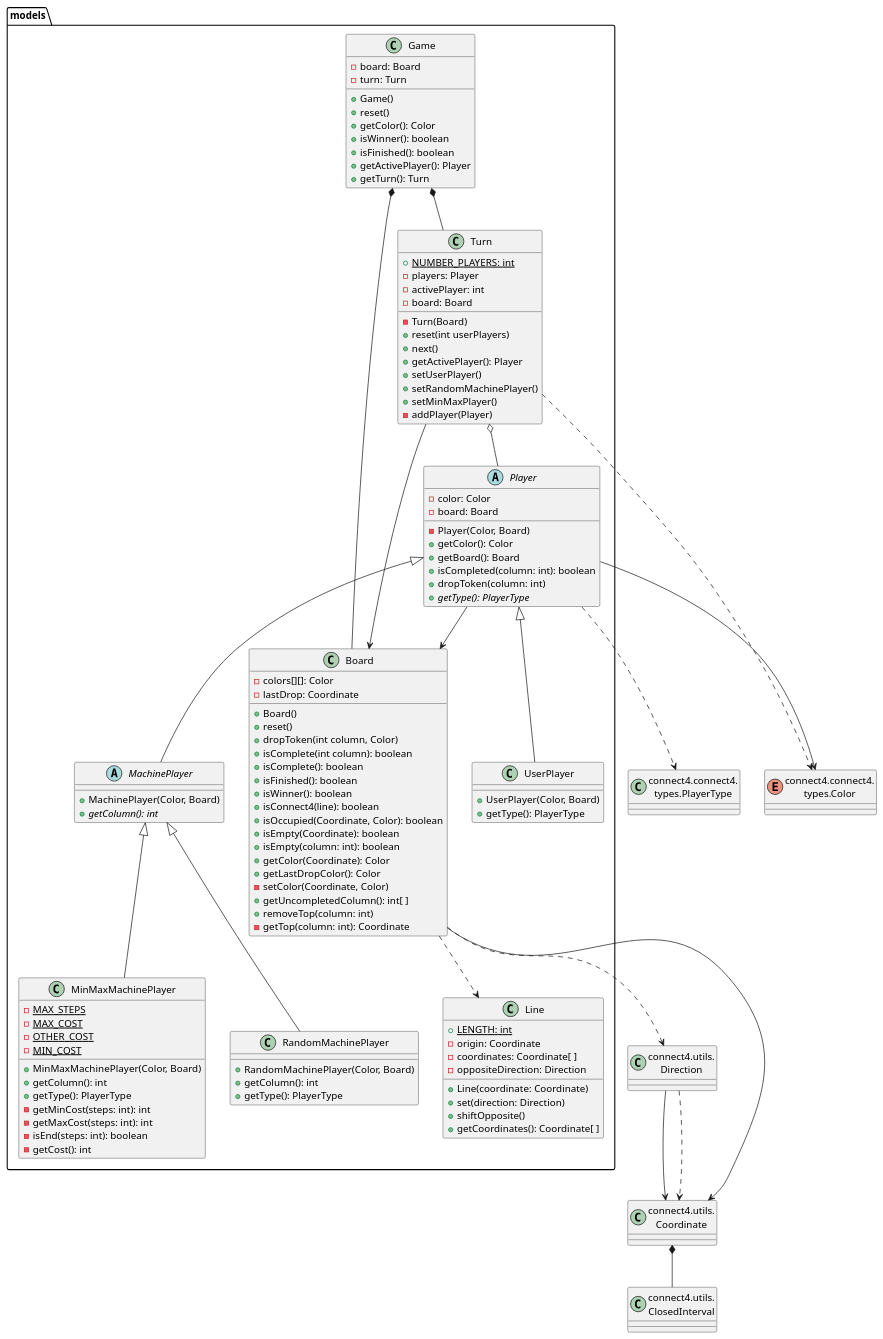
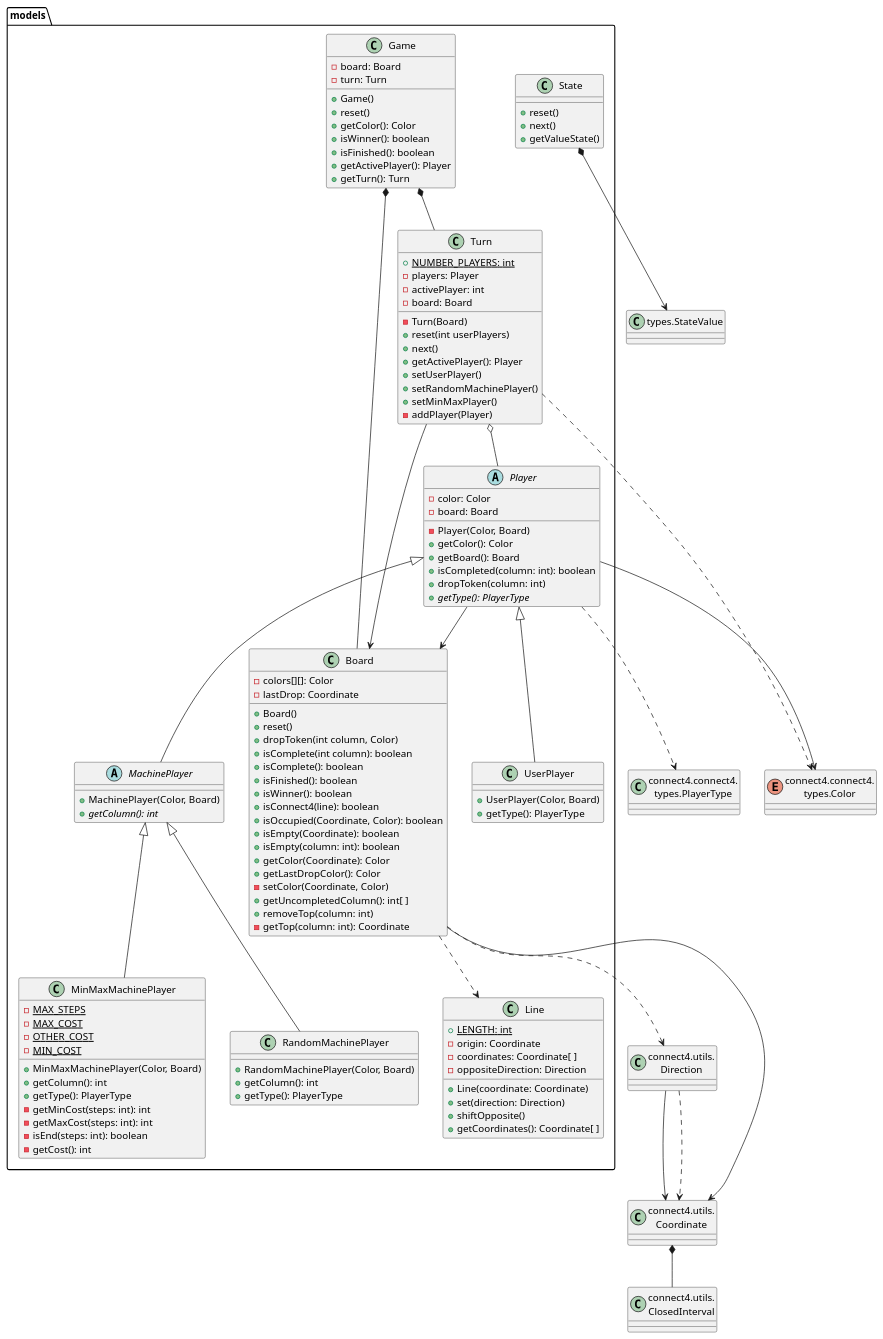
The diagram in connect4/Docs/diagrams/src/packages/connect4.connect4.models.plantuml (js-rom/connect4), drawn with PlantUML before and after one commit. The commit also changed 5 other files, not shown here.

```diff
--- a/connect4/Docs/diagrams/src/packages/connect4.connect4.models.plantuml
+++ b/connect4/Docs/diagrams/src/packages/connect4.connect4.models.plantuml
@@ -1,124 +1,131 @@
 @startuml connect4.connect4.models
 
 class models.Game
 class models.Board
 class models.Turn
 class models.Line
 abstract class models.Player
 class models.UserPlayer
 abstract class models.MachinePlayer
 class models.RandomMachinePlayer
 class models.MinMaxMachinePlayer
+class models.State
+class StateValue as "types.StateValue"
 
 Game *-- Board
 Game *-- Turn
 Turn --> Board
 Turn o-- Player
 Player --> Board
 Player <|-- UserPlayer
 Player <|-- MachinePlayer
 MachinePlayer <|-- RandomMachinePlayer
 MachinePlayer <|-- MinMaxMachinePlayer
 Board ..> Line
+State *--> StateValue
 
 enum Color as "connect4.connect4.\ntypes.Color"
 class Direction as "connect4.utils.\nDirection"
 class Coordinate as "connect4.utils.\nCoordinate"
 class Coordinate as "connect4.utils.\nCoordinate"
 class ClosedInterval as "connect4.utils.\nClosedInterval"
 class PlayerType as "connect4.connect4.\ntypes.PlayerType"
 
 Player ..> PlayerType
 Turn ..> Color
 Player --> Color
 Board --> Coordinate
 Board ..> Direction
 Direction --> Coordinate
 Direction ..> Coordinate
 Coordinate *-- ClosedInterval
 
 Game : -board: Board
 Game : -turn: Turn
 Game : +Game()
 Game : +reset()
 Game : +getColor(): Color
 Game : +isWinner(): boolean
 Game : +isFinished(): boolean
 Game : +getActivePlayer(): Player
 Game : +getTurn(): Turn
 
 Turn : {static} +NUMBER_PLAYERS: int
 Turn : -players: Player
 Turn : -activePlayer: int
 Turn : -board: Board
 Turn : -Turn(Board)
 Turn : +reset(int userPlayers)
 Turn : +next()
 Turn : +getActivePlayer(): Player
 Turn : +setUserPlayer()
 Turn : +setRandomMachinePlayer()
 Turn : +setMinMaxPlayer()
 Turn : -addPlayer(Player)
 
 Player : -color: Color
 Player : -board: Board
 Player : -Player(Color, Board)
 Player : +getColor(): Color
 Player : +getBoard(): Board
 Player : +isCompleted(column: int): boolean
 Player : +dropToken(column: int)
 Player : +{abstract}getType(): PlayerType
 
 UserPlayer : +UserPlayer(Color, Board)
 UserPlayer : +getType(): PlayerType
 
 MachinePlayer : +MachinePlayer(Color, Board)
 MachinePlayer : +{abstract}getColumn(): int
 
 RandomMachinePlayer : +RandomMachinePlayer(Color, Board)
 RandomMachinePlayer : +getColumn(): int
 RandomMachinePlayer : +getType(): PlayerType
 
 MinMaxMachinePlayer : {static} -MAX_STEPS
 MinMaxMachinePlayer : {static} -MAX_COST
 MinMaxMachinePlayer : {static} -OTHER_COST
 MinMaxMachinePlayer : {static} -MIN_COST
 MinMaxMachinePlayer : +MinMaxMachinePlayer(Color, Board)
 MinMaxMachinePlayer : +getColumn(): int
 MinMaxMachinePlayer : +getType(): PlayerType
 MinMaxMachinePlayer : -getMinCost(steps: int): int
 MinMaxMachinePlayer : -getMaxCost(steps: int): int
 MinMaxMachinePlayer : -isEnd(steps: int): boolean
 MinMaxMachinePlayer : -getCost(): int
 
 Board : -colors[][]: Color
 Board : -lastDrop: Coordinate
 Board : +Board()
 Board : +reset()
 Board : +dropToken(int column, Color)
 Board : +isComplete(int column): boolean
 Board : +isComplete(): boolean
 Board : +isFinished(): boolean
 Board : +isWinner(): boolean
 Board : +isConnect4(line): boolean
 Board : +isOccupied(Coordinate, Color): boolean
 Board : +isEmpty(Coordinate): boolean
 Board : +isEmpty(column: int): boolean
 Board : +getColor(Coordinate): Color
 Board : +getLastDropColor(): Color
 Board : -setColor(Coordinate, Color)
 Board : +getUncompletedColumn(): int[ ]
 Board : +removeTop(column: int)
 Board : -getTop(column: int): Coordinate
 
 
 Line : {static} +LENGTH: int
 Line : -origin: Coordinate
 Line : -coordinates: Coordinate[ ]
 Line : -oppositeDirection: Direction
 Line : +Line(coordinate: Coordinate)
 Line : +set(direction: Direction)
 Line : +shiftOpposite()
 Line : +getCoordinates(): Coordinate[ ]
 
+State : +reset()
+State : +next()
+State : +getValueState()
+
 @enduml
```
